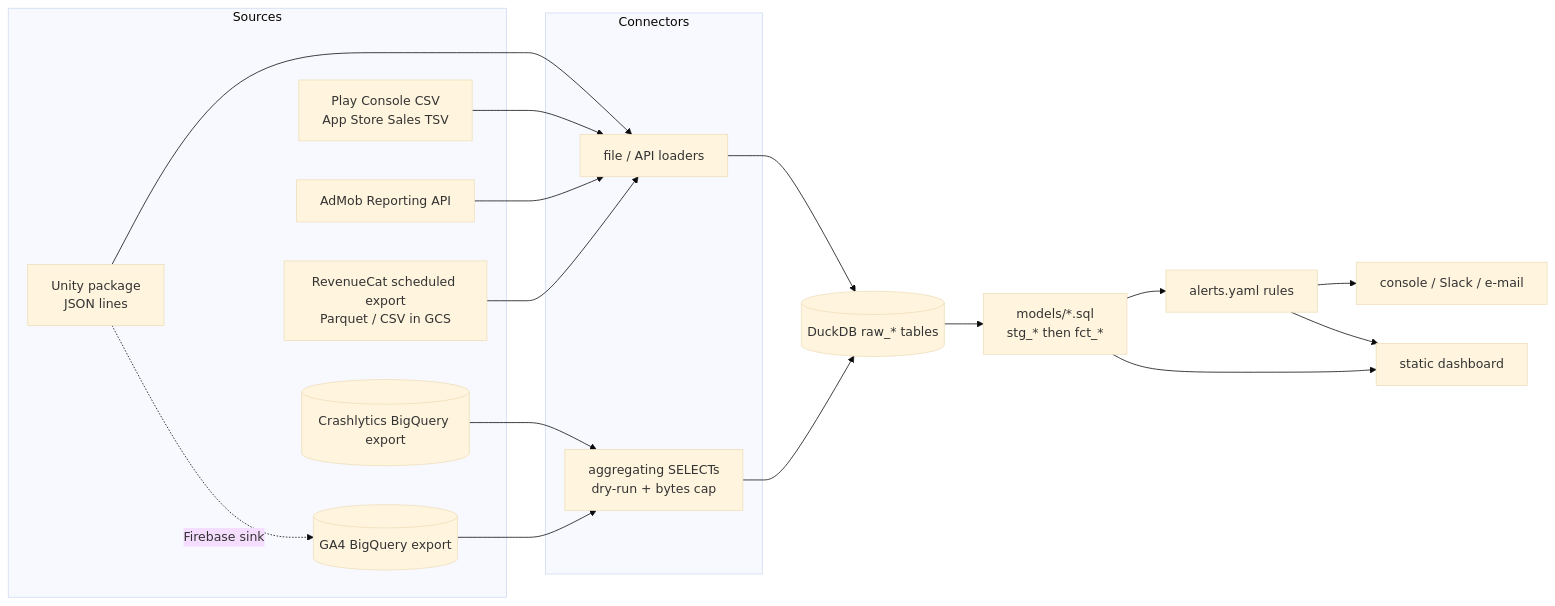
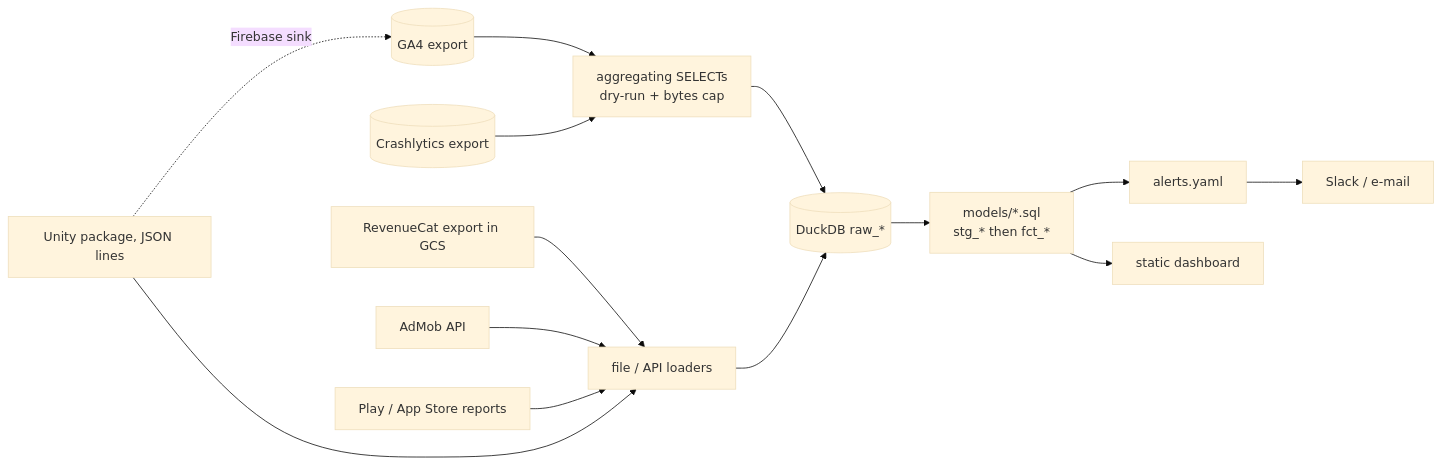
Before and after one commit to emirhann-akca/studio-pulse: the diagram in README.md, drawn with Mermaid (base theme). The commit also changed other lines of this file and 5 other files, not shown here.

````diff
--- a/README.md
+++ b/README.md
@@ -26,29 +58,15 @@
 ```mermaid
 flowchart LR
-  subgraph Sources
-    GA4[(GA4 BigQuery export)]
-    CR[(Crashlytics BigQuery export)]
-    RC[RevenueCat scheduled export<br/>Parquet / CSV in GCS]
-    AM[AdMob Reporting API]
-    ST[Play Console CSV<br/>App Store Sales TSV]
-    UN[Unity package<br/>JSON lines]
-  end
-  subgraph Connectors
-    Q[aggregating SELECTs<br/>dry-run + bytes cap]
-    F[file / API loaders]
-  end
-  GA4 --> Q
-  CR --> Q
-  RC --> F
-  AM --> F
-  ST --> F
-  UN --> F
+  GA4[(GA4 export)] --> Q[aggregating SELECTs<br/>dry-run + bytes cap]
+  CR[(Crashlytics export)] --> Q
+  RC[RevenueCat export in GCS] --> F[file / API loaders]
+  AM[AdMob API] --> F
+  ST[Play / App Store reports] --> F
+  UN[Unity package, JSON lines] --> F
   UN -. Firebase sink .-> GA4
-  Q --> RAW[(DuckDB raw_* tables)]
+  Q --> RAW[(DuckDB raw_*)]
   F --> RAW
   RAW --> M[models/*.sql<br/>stg_* then fct_*]
-  M --> A[alerts.yaml rules]
+  M --> A[alerts.yaml] --> N[Slack / e-mail]
   M --> D[static dashboard]
-  A --> N[console / Slack / e-mail]
-  A --> D
 ```
````
